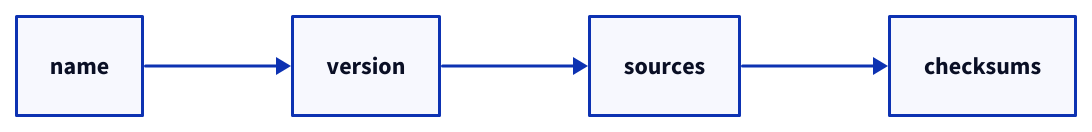
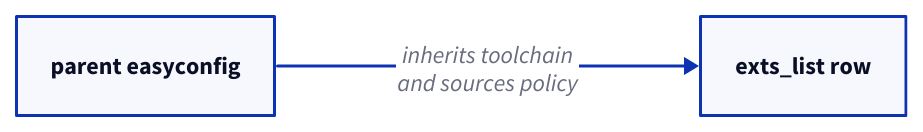
Before and after one commit to HaoZeke/what-easybuild-is-doing: the diagram in source/_static/diagrams/29-extensions-2.d2, drawn with D2. The commit also changed 11 other files, not shown here.

```diff
--- a/source/_static/diagrams/29-extensions-2.d2
+++ b/source/_static/diagrams/29-extensions-2.d2
@@ -1,8 +1,4 @@
 direction: right
-n0: "name"
-n1: "version"
-n2: "sources"
-n3: "checksums"
-n0 -> n1
-n1 -> n2
-n2 -> n3
+parent: "parent easyconfig"
+entry: "exts_list row"
+parent -> entry: inherits toolchain\nand sources policy
```
